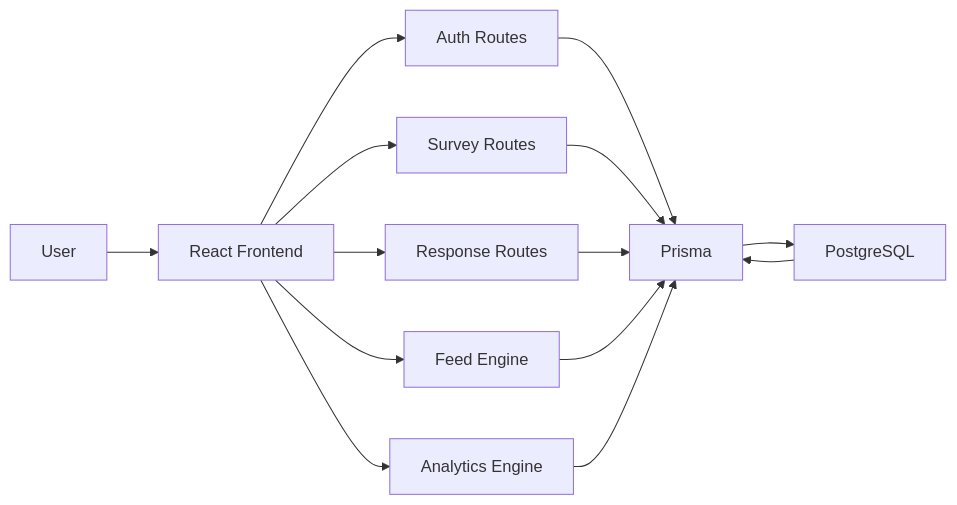
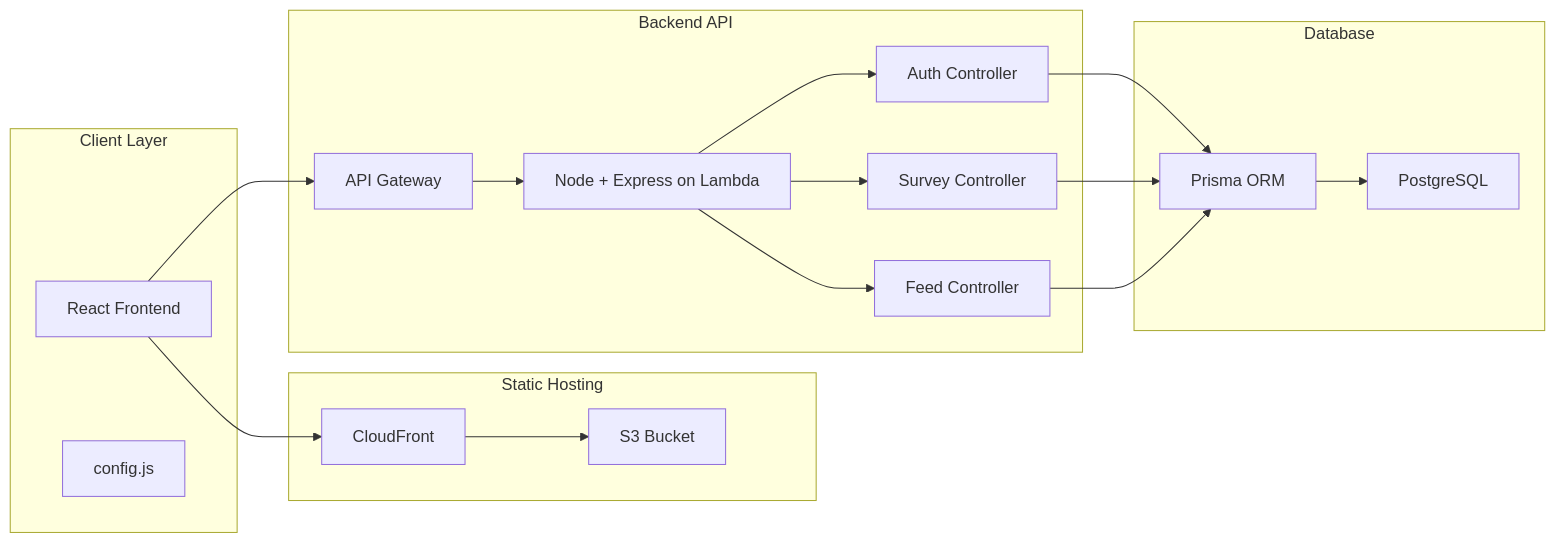
One commit to MrCh0p808/StatWoX changed the first of 6 diagrams in README.md. Above: the diagram before and after it, drawn with Mermaid. The commit also changed other lines of this file, not shown here.

`````diff
--- a/README.md
+++ b/README.md
@@ -503,16 +99,33 @@
 ```mermaid
 flowchart LR
-    U["User"] --> UI["React Frontend"]
-    UI --> Auth["Auth Routes"]
-    UI --> Survey["Survey Routes"]
-    UI --> ResponseR["Response Routes"]
-    UI --> Feed["Feed Engine"]
-    UI --> Analytics["Analytics Engine"]
-    Auth --> Prisma
-    Survey --> Prisma
-    ResponseR --> Prisma
-    Feed --> Prisma
-    Analytics --> Prisma
-    Prisma --> DB["PostgreSQL"]
-    DB --> Prisma
-```
+    subgraph CLIENT["Client Layer"]
+        UI["React Frontend"]
+        ConfigJS["config.js"]
+    end
+    subgraph CDN["Static Hosting"]
+        CF["CloudFront"]
+        S3["S3 Bucket"]
+    end
+    subgraph API["Backend API"]
+        APIGW["API Gateway"]
+        Backend["Node + Express on Lambda"]
+        AuthController["Auth Controller"]
+        SurveyController["Survey Controller"]
+        FeedController["Feed Controller"]
+    end
+    subgraph DB["Database"]
+        Postgres["PostgreSQL"]
+        Prisma["Prisma ORM"]
+    end
+    UI --> CF
+    CF --> S3
+    UI --> APIGW
+    APIGW --> Backend
+    Backend --> AuthController
+    Backend --> SurveyController
+    Backend --> FeedController
+    AuthController --> Prisma
+    SurveyController --> Prisma
+    FeedController --> Prisma
+    Prisma --> Postgres
+````
`````
